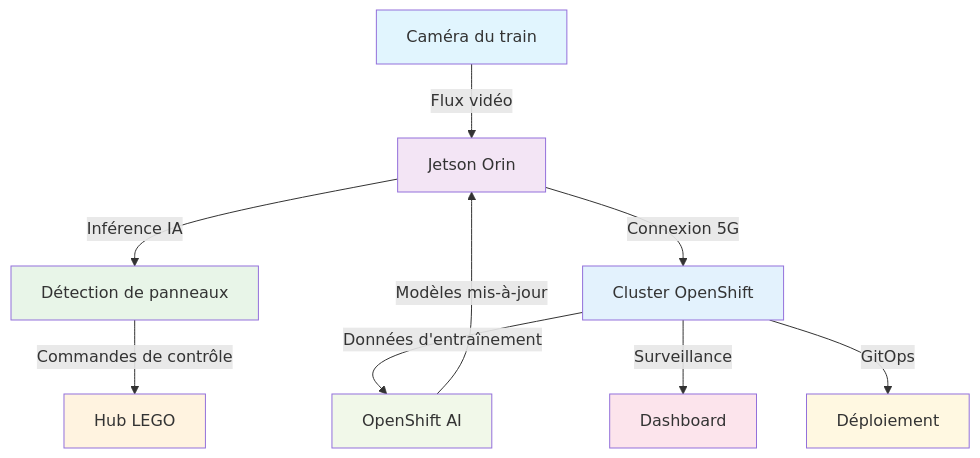
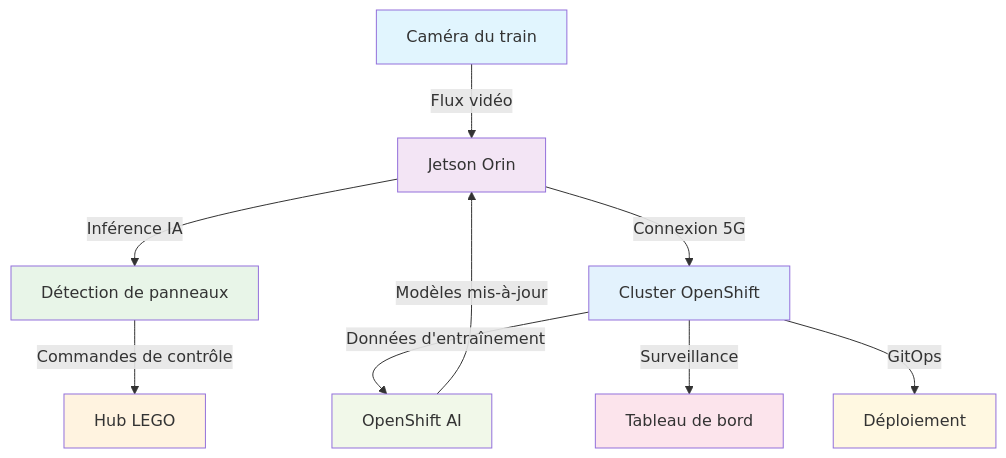
Before and after one commit to Demo-AI-Edge-Crazy-Train/lego-summit-connect-2025-lab-statement: the diagram in content/overview/architecture.fr.md, drawn with Mermaid.

```diff
--- a/content/overview/architecture.fr.md
+++ b/content/overview/architecture.fr.md
@@ -96,20 +96,20 @@
 {{< mermaid >}}
 graph TD
     A[Caméra du train] -->|Flux vidéo| B[Jetson Orin]
     B -->|Inférence IA| C[Détection de panneaux]
     C -->|Commandes de contrôle| D[Hub LEGO]
     B -->|Connexion 5G| E[Cluster OpenShift]
     E -->|Données d'entraînement| F[OpenShift AI]
     F -->|Modèles mis-à-jour| B
-    E -->|Surveillance| G[Dashboard]
+    E -->|Surveillance| G[Tableau de bord]
     E -->|GitOps| H[Déploiement]
     
     style A fill:#e1f5fe
     style B fill:#f3e5f5
     style C fill:#e8f5e8
     style D fill:#fff3e0
     style E fill:#e3f2fd
     style F fill:#f1f8e9
     style G fill:#fce4ec
     style H fill:#fff8e1
 {{< /mermaid >}}
```
